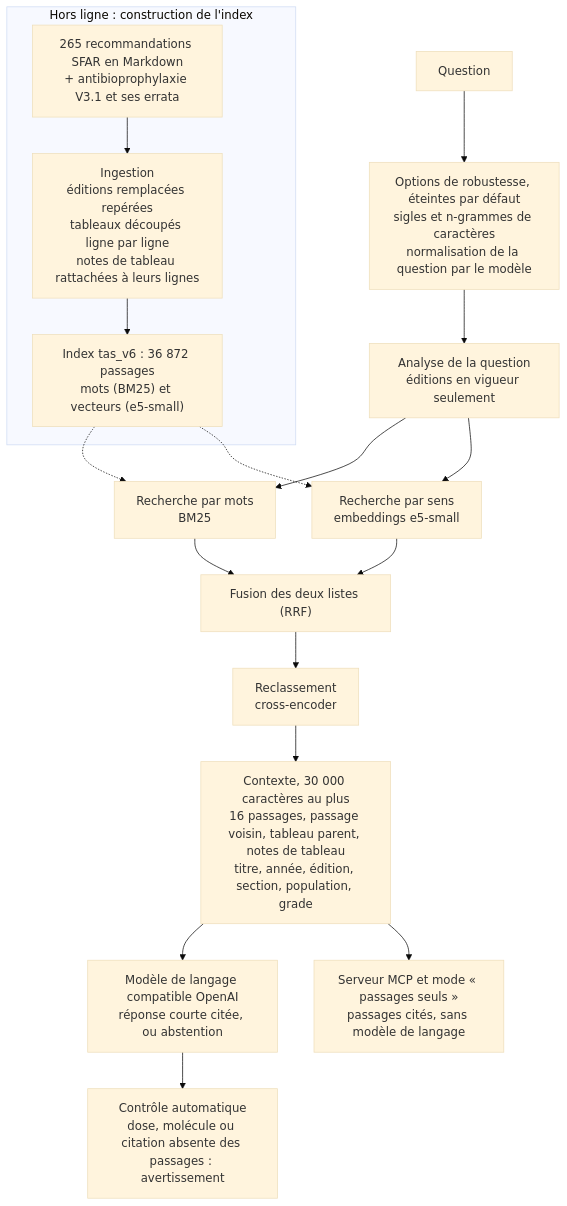
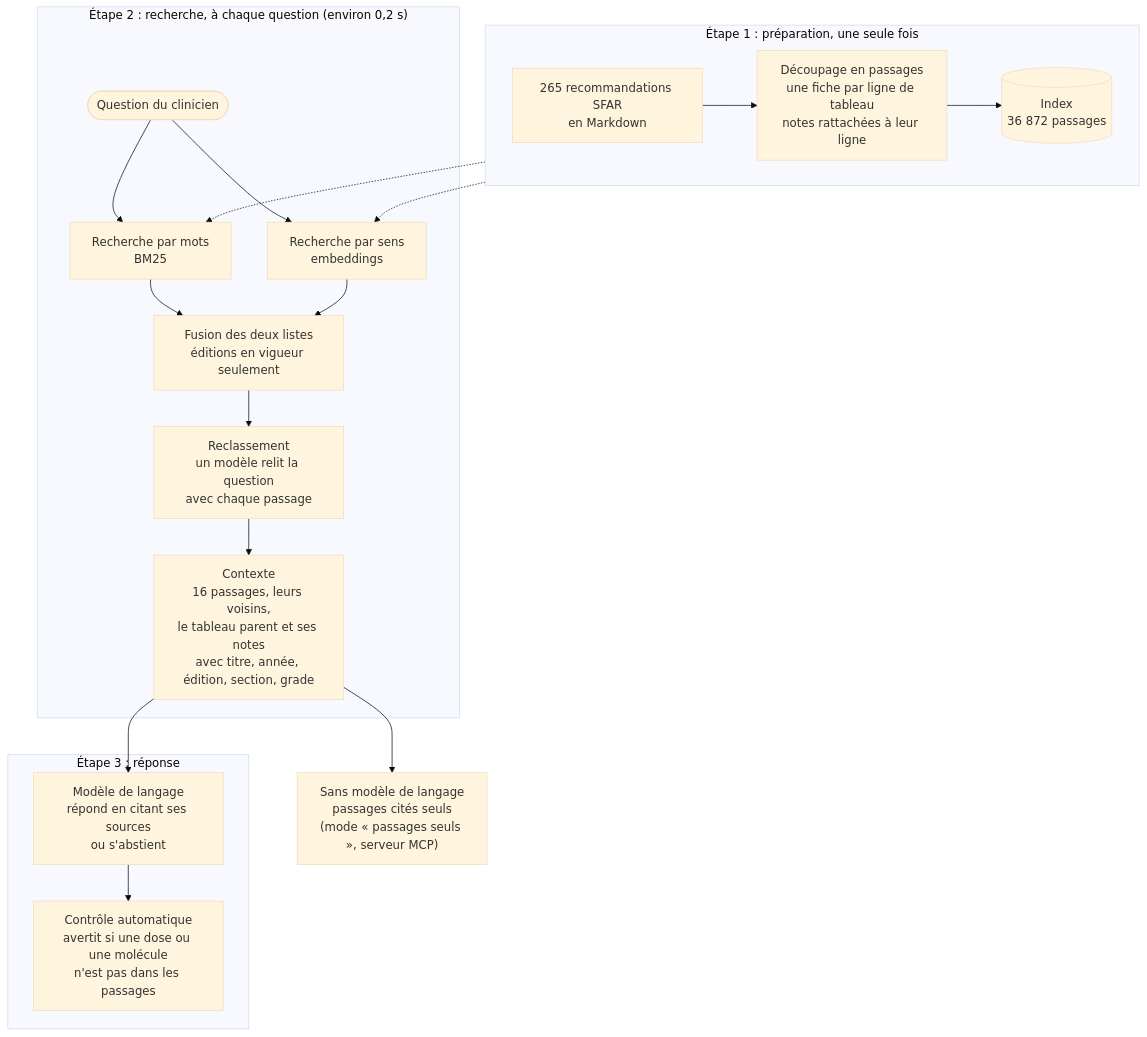
One commit to timothim/sfar-rag-datathon changed the diagram in README.md. Above: the diagram before and after it, drawn with Mermaid (base theme). The commit also changed other lines of this file and 26 other files, not shown here.

Commit message:
README: clear three-stage pipeline diagram with explanations; move the original project's reports to reports/legacy, add a report index, untrack session queue scripts

````diff
--- a/README.md
+++ b/README.md
@@ -7,20 +7,23 @@
 ```mermaid
 flowchart TD
-    subgraph HL["Hors ligne : construction de l'index"]
-        A["265 recommandations SFAR en Markdown<br/>+ antibioprophylaxie V3.1 et ses errata"] --> B["Ingestion<br/>éditions remplacées repérées<br/>tableaux découpés ligne par ligne<br/>notes de tableau rattachées à leurs lignes"]
-        B --> C["Index tas_v6 : 36 872 passages<br/>mots (BM25) et vecteurs (e5-small)"]
+    subgraph PREP["Étape 1 : préparation, une seule fois"]
+        direction LR
+        A["265 recommandations SFAR<br/>en Markdown"] --> B["Découpage en passages<br/>une fiche par ligne de tableau<br/>notes rattachées à leur ligne"]
+        B --> C[("Index<br/>36 872 passages")]
     end
-    Q["Question"] --> O["Options de robustesse, éteintes par défaut<br/>sigles et n-grammes de caractères<br/>normalisation de la question par le modèle"]
-    O --> P["Analyse de la question<br/>éditions en vigueur seulement"]
-    P --> S1["Recherche par mots<br/>BM25"]
-    P --> S2["Recherche par sens<br/>embeddings e5-small"]
+    subgraph RECH["Étape 2 : recherche, à chaque question (environ 0,2 s)"]
+        Q(["Question du clinicien"]) --> S1["Recherche par mots<br/>BM25"]
+        Q --> S2["Recherche par sens<br/>embeddings"]
+        S1 --> F["Fusion des deux listes<br/>éditions en vigueur seulement"]
+        S2 --> F
+        F --> R["Reclassement<br/>un modèle relit la question<br/>avec chaque passage"]
+        R --> X["Contexte<br/>16 passages, leurs voisins,<br/>le tableau parent et ses notes<br/>avec titre, année, édition, section, grade"]
+    end
+    subgraph REP["Étape 3 : réponse"]
+        L["Modèle de langage<br/>répond en citant ses sources<br/>ou s'abstient"] --> V["Contrôle automatique<br/>avertit si une dose ou une molécule<br/>n'est pas dans les passages"]
+    end
     C -.-> S1
     C -.-> S2
-    S1 --> F["Fusion des deux listes (RRF)"]
-    S2 --> F
-    F --> R["Reclassement<br/>cross-encoder"]
-    R --> X["Contexte, 30 000 caractères au plus<br/>16 passages, passage voisin, tableau parent, notes de tableau<br/>titre, année, édition, section, population, grade"]
-    X --> L["Modèle de langage compatible OpenAI<br/>réponse courte citée, ou abstention"]
-    L --> V["Contrôle automatique<br/>dose, molécule ou citation absente des passages : avertissement"]
-    X --> M["Serveur MCP et mode « passages seuls »<br/>passages cités, sans modèle de langage"]
+    X --> L
+    X --> M["Sans modèle de langage<br/>passages cités seuls<br/>(mode « passages seuls », serveur MCP)"]
 ```
````
